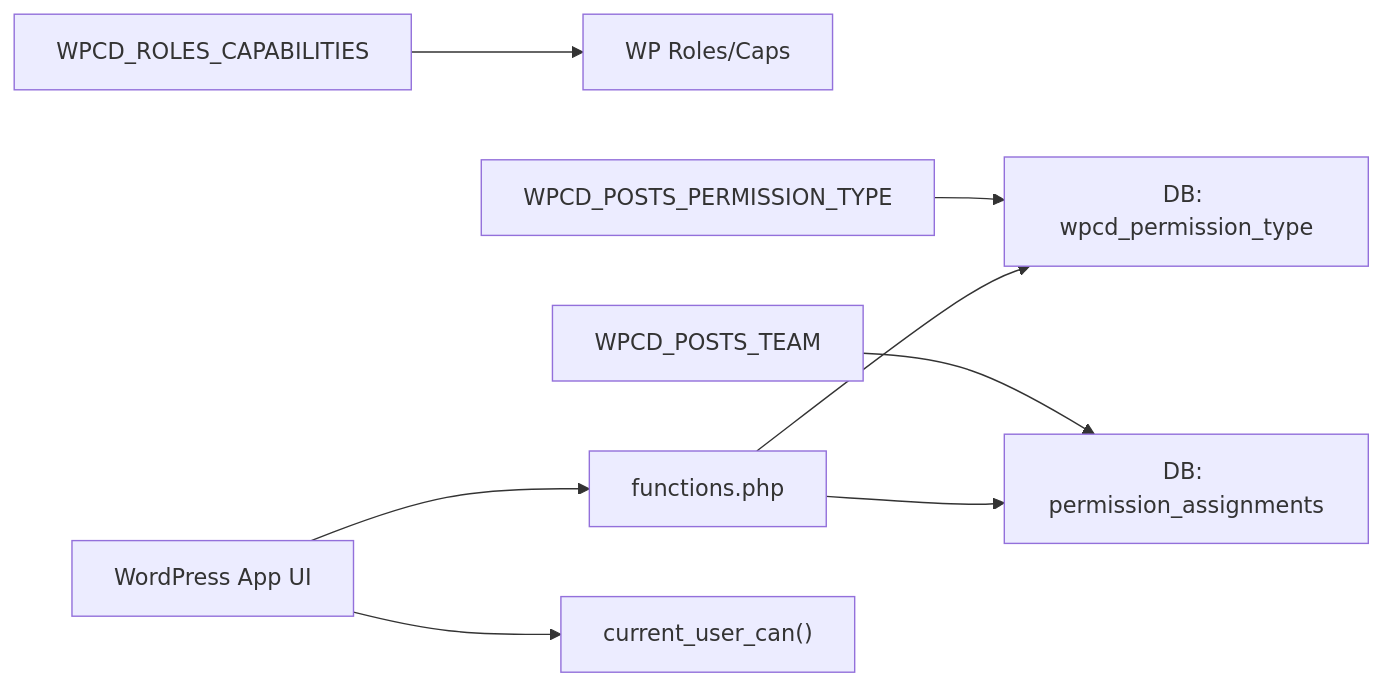
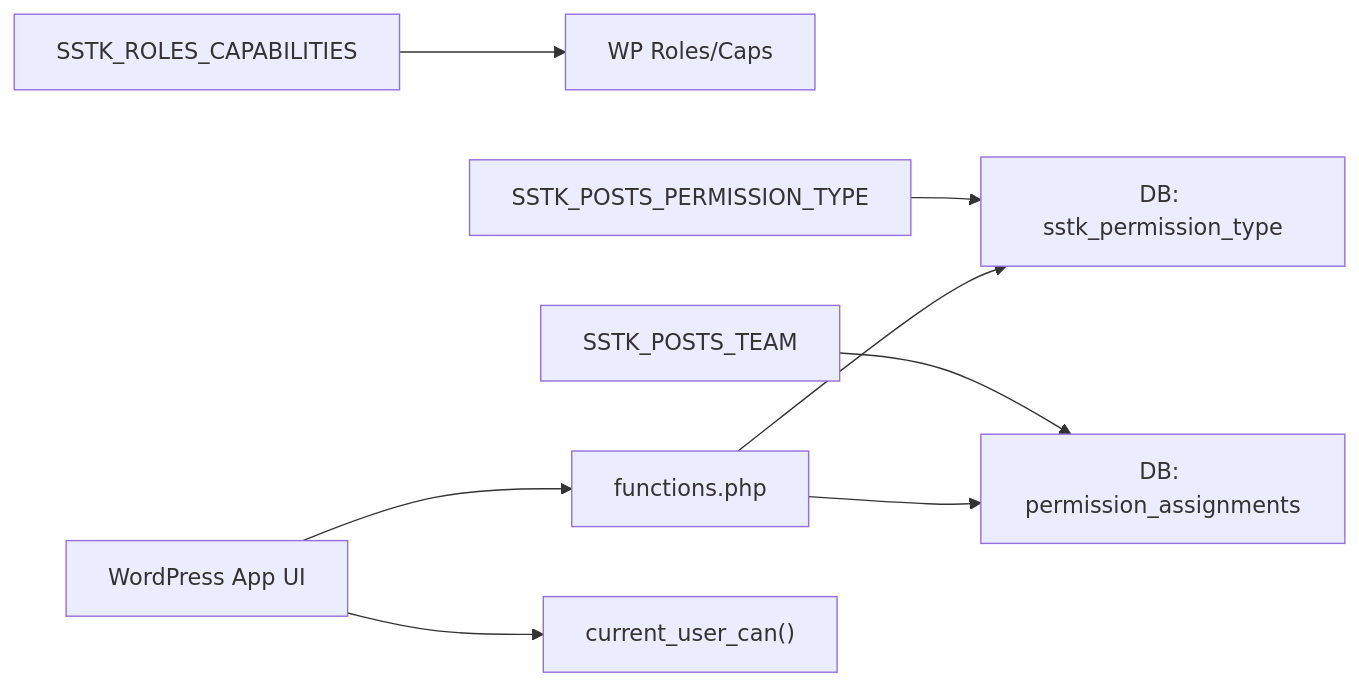
Before and after one commit to onedogsolutions/simple-stack: the eighth of 8 diagrams in .qoder/repowiki/en/content/Security & Authentication/Authorization Controls.md, drawn with Mermaid. The commit also changed other lines of this file and 5941 other files, not shown here.

````diff
--- a/.qoder/repowiki/en/content/Security & Authentication/Authorization Controls.md
+++ b/.qoder/repowiki/en/content/Security & Authentication/Authorization Controls.md
@@ -326,10 +326,10 @@
 ```mermaid
 graph LR
-RC["WPCD_ROLES_CAPABILITIES"] --> WP_Roles["WP Roles/Caps"]
-PT["WPCD_POSTS_PERMISSION_TYPE"] --> DB_PT["DB: wpcd_permission_type"]
-TM["WPCD_POSTS_TEAM"] --> DB_PA["DB: permission_assignments"]
+RC["SSTK_ROLES_CAPABILITIES"] --> WP_Roles["WP Roles/Caps"]
+PT["SSTK_POSTS_PERMISSION_TYPE"] --> DB_PT["DB: sstk_permission_type"]
+TM["SSTK_POSTS_TEAM"] --> DB_PA["DB: permission_assignments"]
 FN["functions.php"] --> DB_PT
 FN --> DB_PA
 APP["WordPress App UI"] --> FN
 APP --> WP_Caps["current_user_can()"]
 ```
````
